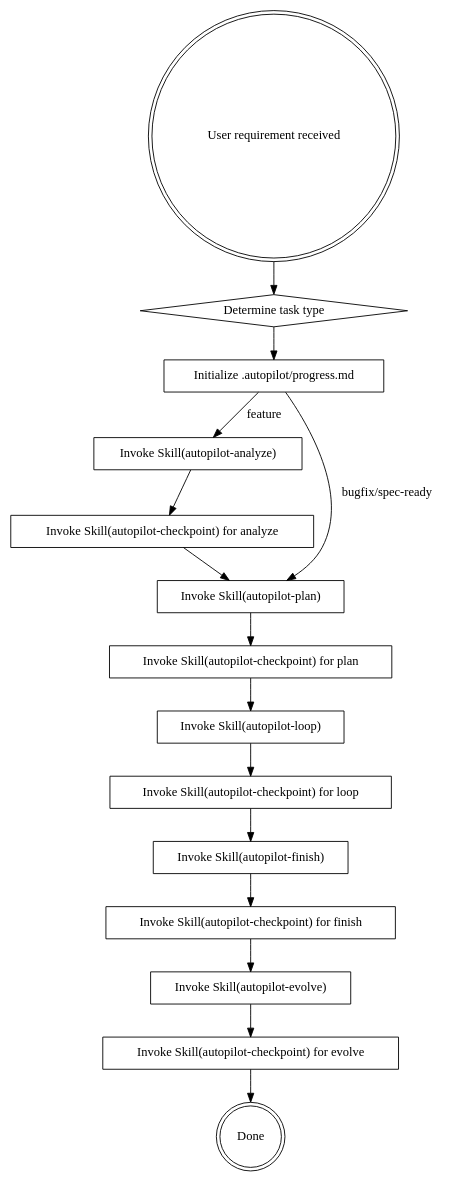
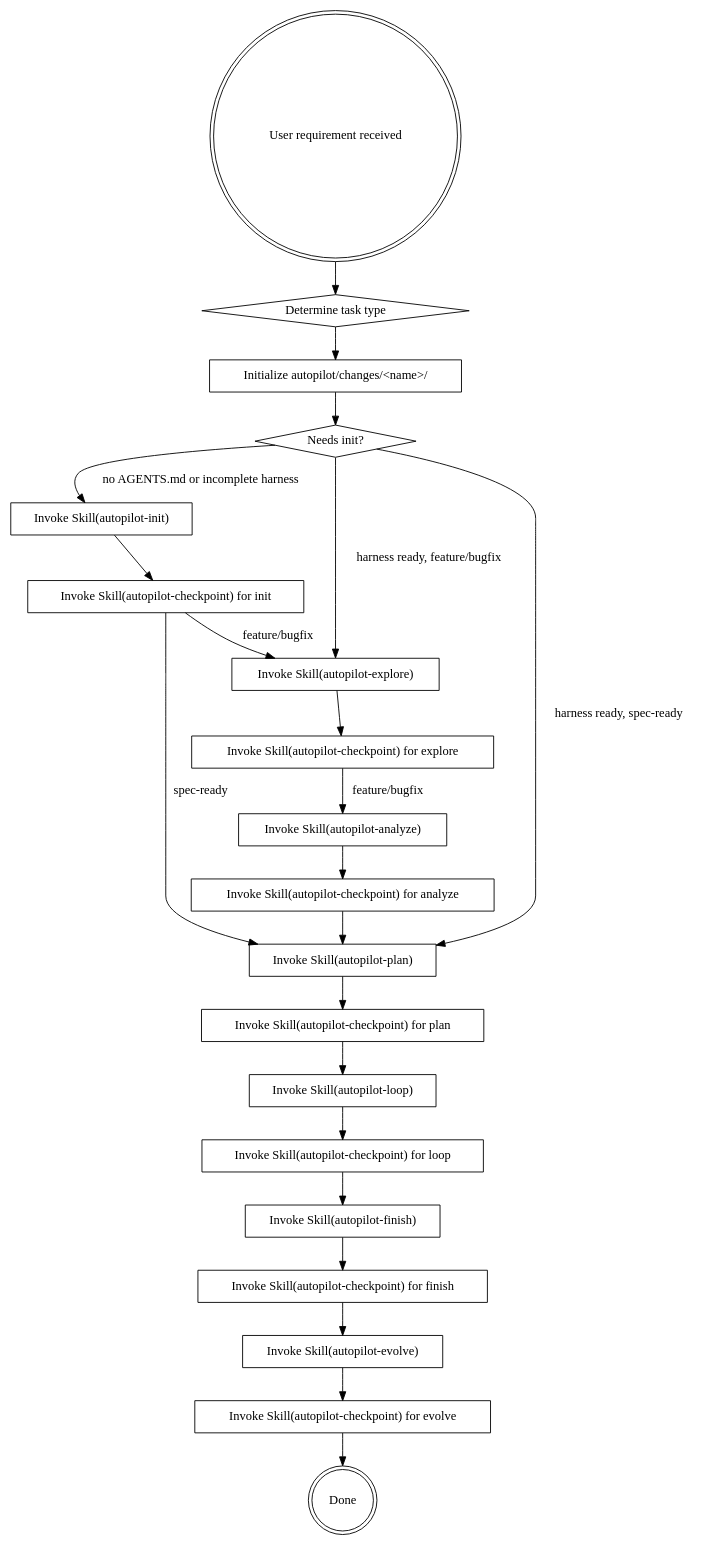
Before and after one commit to neilluo/neil-coding-autopilot: the diagram in skills/using-neil-autopilot/SKILL.md, drawn with Graphviz. The commit also changed other lines of this file and 15 other files, not shown here.

Commit message:
chore: snapshot in-progress work (llm-wiki-kb feature + 3-layer enforcement) before workflow-hardening

````diff
--- a/skills/using-neil-autopilot/SKILL.md
+++ b/skills/using-neil-autopilot/SKILL.md
@@ -60,34 +116,46 @@
 ```dot
 digraph autopilot {
     rankdir=TB;
     "User requirement received" [shape=doublecircle];
     "Determine task type" [shape=diamond];
-    "Initialize .autopilot/progress.md" [shape=box];
+    "Initialize autopilot/changes/<name>/" [shape=box];
+    "Needs init?" [shape=diamond];
+    "Invoke Skill(autopilot-init)" [shape=box];
+    "Invoke Skill(autopilot-checkpoint) for init" [shape=box];
+    "Invoke Skill(autopilot-explore)" [shape=box];
+    "Invoke Skill(autopilot-checkpoint) for explore" [shape=box];
     "Invoke Skill(autopilot-analyze)" [shape=box];
     "Invoke Skill(autopilot-checkpoint) for analyze" [shape=box];
     "Invoke Skill(autopilot-plan)" [shape=box];
     "Invoke Skill(autopilot-checkpoint) for plan" [shape=box];
     "Invoke Skill(autopilot-loop)" [shape=box];
     "Invoke Skill(autopilot-checkpoint) for loop" [shape=box];
     "Invoke Skill(autopilot-finish)" [shape=box];
     "Invoke Skill(autopilot-checkpoint) for finish" [shape=box];
     "Invoke Skill(autopilot-evolve)" [shape=box];
     "Invoke Skill(autopilot-checkpoint) for evolve" [shape=box];
     "Done" [shape=doublecircle];
 
     "User requirement received" -> "Determine task type";
-    "Determine task type" -> "Initialize .autopilot/progress.md";
-    "Initialize .autopilot/progress.md" -> "Invoke Skill(autopilot-analyze)" [label="feature"];
-    "Initialize .autopilot/progress.md" -> "Invoke Skill(autopilot-plan)" [label="bugfix/spec-ready"];
+    "Determine task type" -> "Initialize autopilot/changes/<name>/";
+    "Initialize autopilot/changes/<name>/" -> "Needs init?";
+    "Needs init?" -> "Invoke Skill(autopilot-init)" [label="no AGENTS.md or incomplete harness"];
+    "Needs init?" -> "Invoke Skill(autopilot-explore)" [label="harness ready, feature/bugfix"];
+    "Needs init?" -> "Invoke Skill(autopilot-plan)" [label="harness ready, spec-ready"];
+    "Invoke Skill(autopilot-init)" -> "Invoke Skill(autopilot-checkpoint) for init";
+    "Invoke Skill(autopilot-checkpoint) for init" -> "Invoke Skill(autopilot-explore)" [label="feature/bugfix"];
+    "Invoke Skill(autopilot-checkpoint) for init" -> "Invoke Skill(autopilot-plan)" [label="spec-ready"];
+    "Invoke Skill(autopilot-explore)" -> "Invoke Skill(autopilot-checkpoint) for explore";
+    "Invoke Skill(autopilot-checkpoint) for explore" -> "Invoke Skill(autopilot-analyze)" [label="feature/bugfix"];
     "Invoke Skill(autopilot-analyze)" -> "Invoke Skill(autopilot-checkpoint) for analyze";
     "Invoke Skill(autopilot-checkpoint) for analyze" -> "Invoke Skill(autopilot-plan)";
     "Invoke Skill(autopilot-plan)" -> "Invoke Skill(autopilot-checkpoint) for plan";
     "Invoke Skill(autopilot-checkpoint) for plan" -> "Invoke Skill(autopilot-loop)";
     "Invoke Skill(autopilot-loop)" -> "Invoke Skill(autopilot-checkpoint) for loop";
     "Invoke Skill(autopilot-checkpoint) for loop" -> "Invoke Skill(autopilot-finish)";
     "Invoke Skill(autopilot-finish)" -> "Invoke Skill(autopilot-checkpoint) for finish";
     "Invoke Skill(autopilot-checkpoint) for finish" -> "Invoke Skill(autopilot-evolve)";
     "Invoke Skill(autopilot-evolve)" -> "Invoke Skill(autopilot-checkpoint) for evolve";
     "Invoke Skill(autopilot-checkpoint) for evolve" -> "Done";
 }
 ```
````
